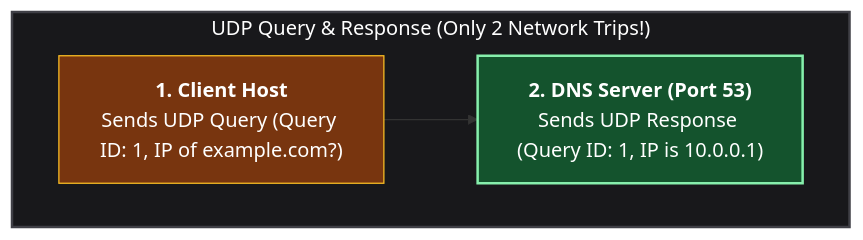
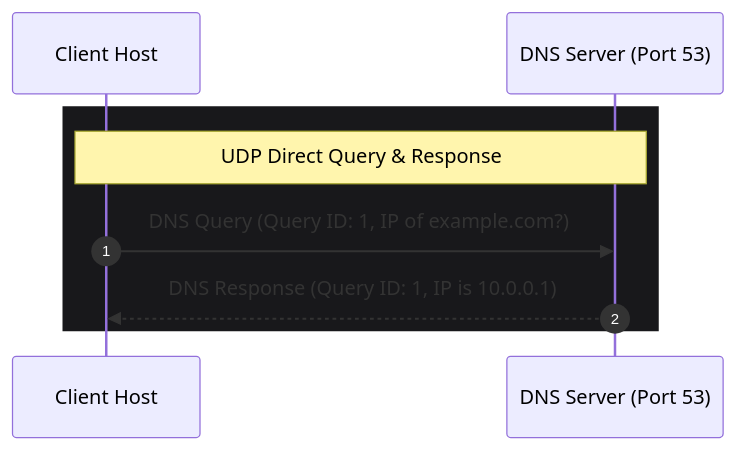
The fifth of 6 diagrams in content/posts/networking/ch13-user-datagram-protocol-udp.mdx (ayuslharora/blog-ayuslh), drawn with Mermaid before and after one commit. The commit also changed other lines of this file, not shown here.

Commit message:
Update sequence diagram formatting for DNS scenarios

````diff
--- a/content/posts/networking/ch13-user-datagram-protocol-udp.mdx
+++ b/content/posts/networking/ch13-user-datagram-protocol-udp.mdx
@@ -200,10 +191,12 @@
 ```mermaid
-flowchart TD
-    subgraph DirectUDP ["UDP Query & Response (Only 2 Network Trips!)"]
-        U1["<b>1. Client Host</b><br>Sends UDP Query (Query ID: 1, IP of example.com?)"] --> U2["<b>2. DNS Server (Port 53)</b><br>Sends UDP Response (Query ID: 1, IP is 10.0.0.1)"]
+sequenceDiagram
+    autonumber
+    participant Client as Client Host
+    participant DNS as DNS Server (Port 53)
+
+    rect rgb(24, 24, 27)
+    Note over Client,DNS: UDP Direct Query & Response
+    Client->>DNS: DNS Query (Query ID: 1, IP of example.com?)
+    DNS-->>Client: DNS Response (Query ID: 1, IP is 10.0.0.1)
     end
-
-    style DirectUDP fill:#18181b,stroke:#3f3f46,stroke-width:2px,color:#fff
-    style U1 fill:#78350f,stroke:#fbbf24,color:#fff
-    style U2 fill:#14532d,stroke:#86efac,stroke-width:2px,color:#fff
 ```
````
